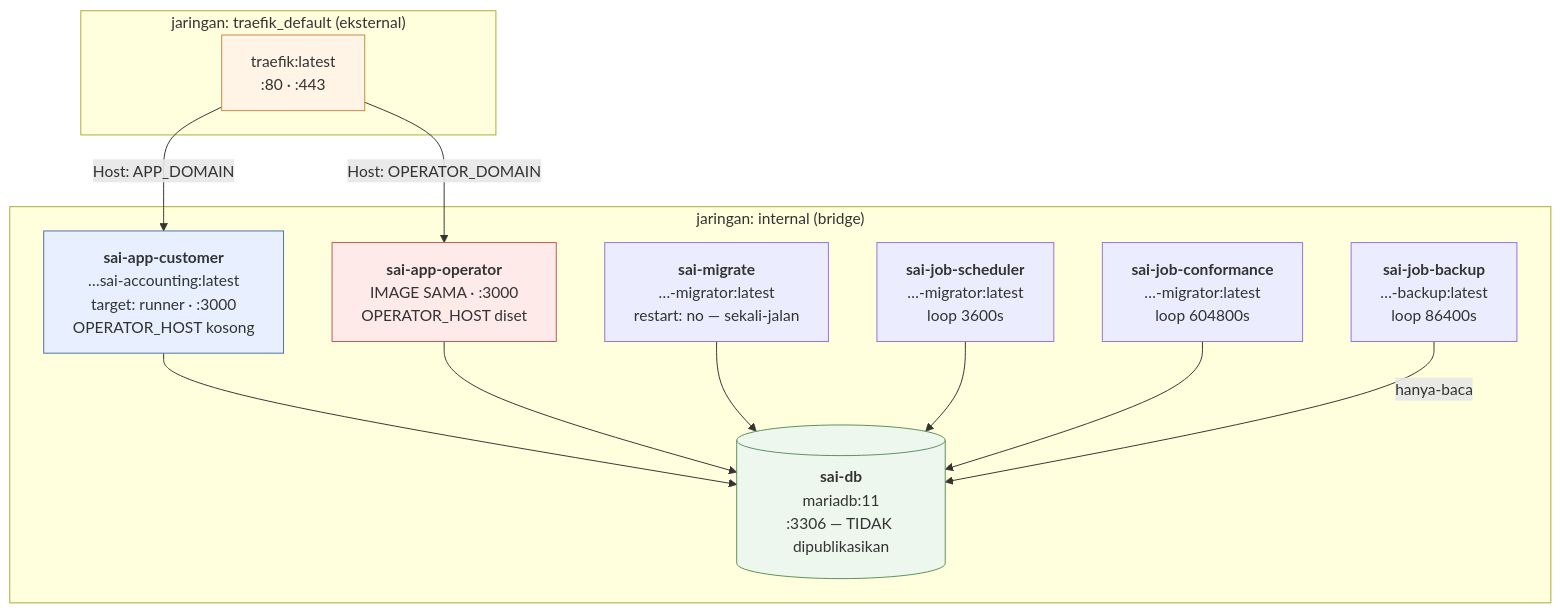
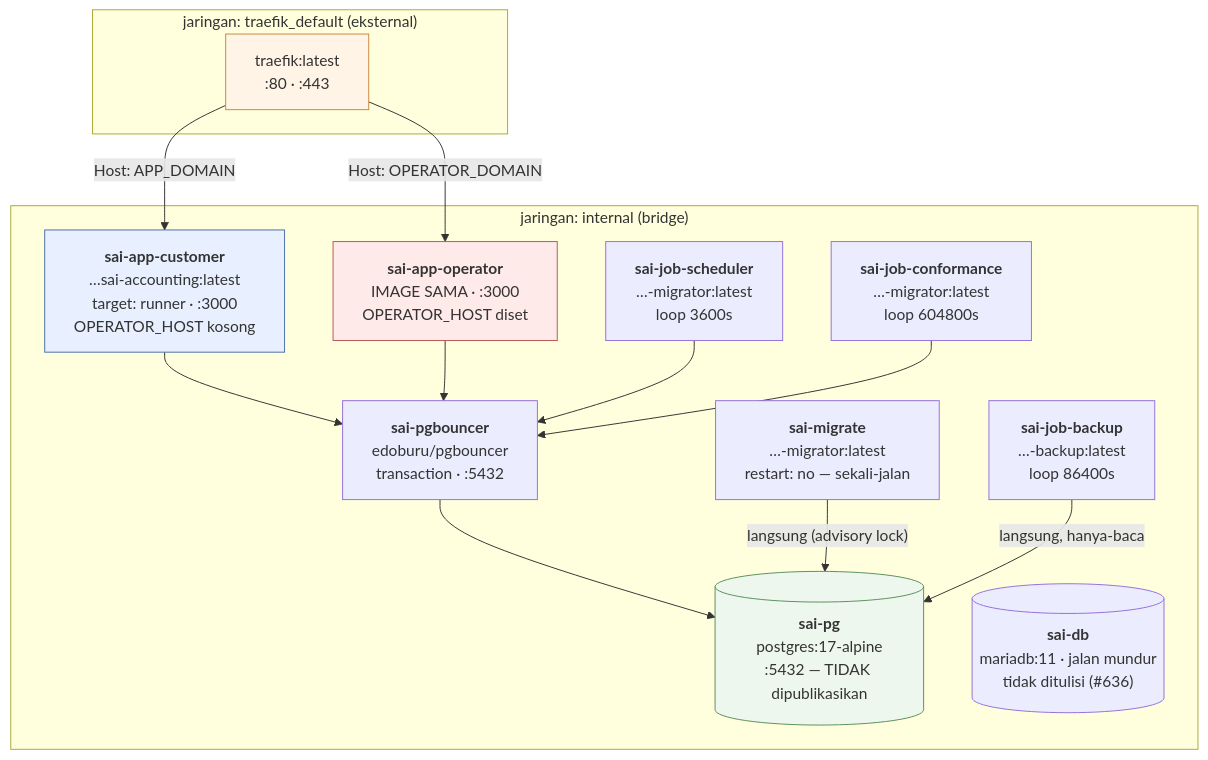
The diagram in docs/arsitektur/03-INVENTARIS-LAYANAN.md (tri-evendi/sai-accounting), drawn with Mermaid before and after one commit. The commit also changed other lines of this file and 10 other files, not shown here.

````diff
--- a/docs/arsitektur/03-INVENTARIS-LAYANAN.md
+++ b/docs/arsitektur/03-INVENTARIS-LAYANAN.md
@@ -89,30 +90,33 @@
 ```mermaid
 graph TB
     subgraph net_traefik["jaringan: traefik_default (eksternal)"]
         TR["traefik:latest<br/>:80 · :443"]
     end
 
     subgraph net_internal["jaringan: internal (bridge)"]
         WEBC["<b>sai-app-customer</b><br/>…sai-accounting:latest<br/>target: runner · :3000<br/>OPERATOR_HOST kosong"]
         WEBO["<b>sai-app-operator</b><br/>IMAGE SAMA · :3000<br/>OPERATOR_HOST diset"]
         MIG["<b>sai-migrate</b><br/>…-migrator:latest<br/>restart: no — sekali-jalan"]
         SCH["<b>sai-job-scheduler</b><br/>…-migrator:latest<br/>loop 3600s"]
         CON["<b>sai-job-conformance</b><br/>…-migrator:latest<br/>loop 604800s"]
         BAK["<b>sai-job-backup</b><br/>…-backup:latest<br/>loop 86400s"]
-        DB[("<b>sai-db</b><br/>mariadb:11<br/>:3306 — TIDAK dipublikasikan")]
+        PGB["<b>sai-pgbouncer</b><br/>edoburu/pgbouncer<br/>transaction · :5432"]
+        DB[("<b>sai-pg</b><br/>postgres:17-alpine<br/>:5432 — TIDAK dipublikasikan")]
+        OLD[("<b>sai-db</b><br/>mariadb:11 · jalan mundur<br/>tidak ditulisi (#636)")]
     end
 
     TR -->|"Host: APP_DOMAIN"| WEBC
     TR -->|"Host: OPERATOR_DOMAIN"| WEBO
-    WEBC --> DB
-    WEBO --> DB
-    MIG --> DB
-    SCH --> DB
-    CON --> DB
-    BAK -->|hanya-baca| DB
+    WEBC --> PGB
+    WEBO --> PGB
+    SCH --> PGB
+    CON --> PGB
+    PGB --> DB
+    MIG -->|"langsung (advisory lock)"| DB
+    BAK -->|"langsung, hanya-baca"| DB
 
     style TR fill:#fff4e6,stroke:#c9873d
     style WEBC fill:#e8f0ff,stroke:#4a6fa5
     style WEBO fill:#ffeaea,stroke:#b55
     style DB fill:#eef7ee,stroke:#5a8f5a
 ```
````
